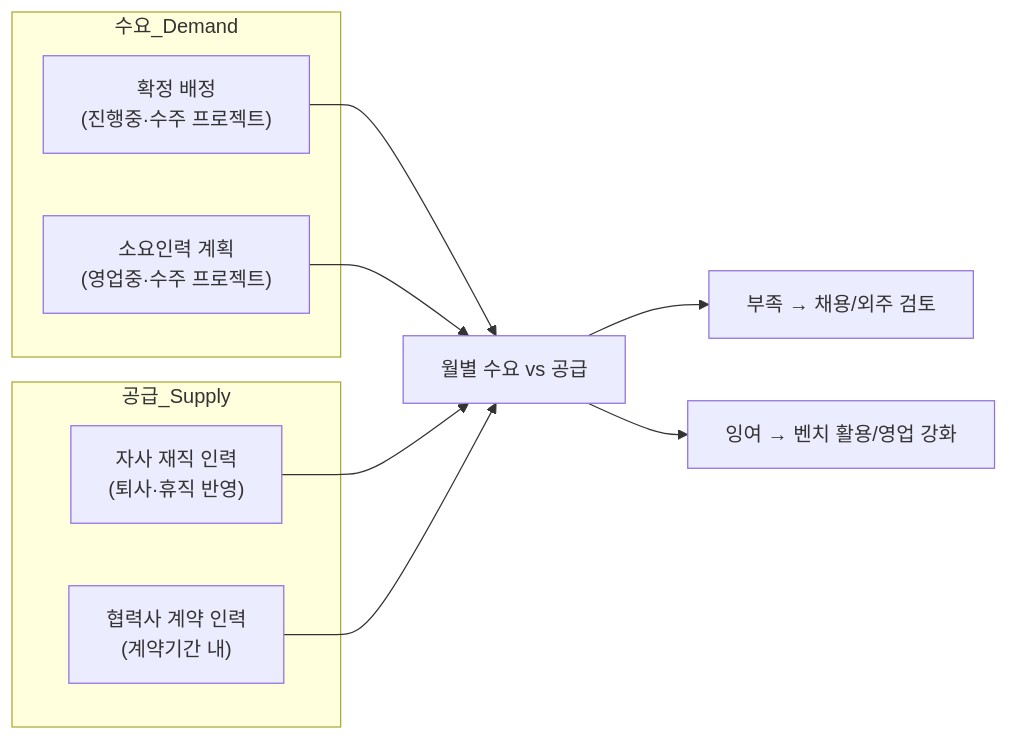
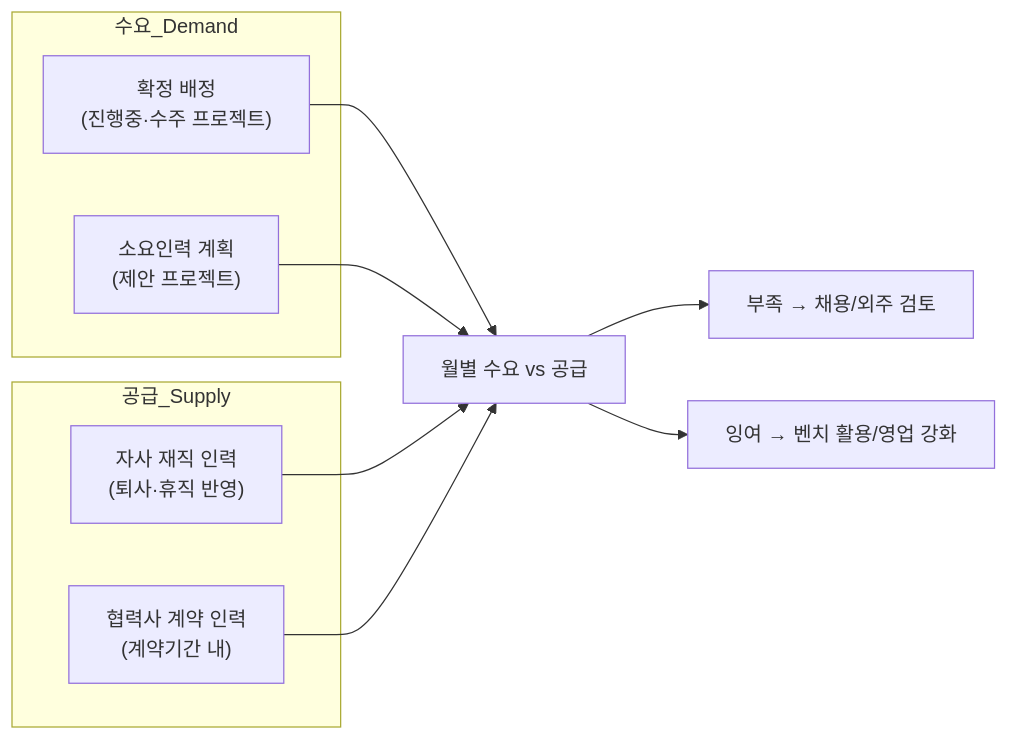
The ninth of 16 diagrams in SM_SI_인력관리시스템_명세서.md (toddkim-rgb/BT_HRM), drawn with Mermaid before and after one commit. The commit also changed other lines of this file and 22 other files, not shown here.

````diff
--- a/SM_SI_인력관리시스템_명세서.md
+++ b/SM_SI_인력관리시스템_명세서.md
@@ -389,17 +412,17 @@
 ```mermaid
 flowchart LR
   subgraph 수요_Demand
     D1["확정 배정<br/>(진행중·수주 프로젝트)"]
-    D2["소요인력 계획<br/>(영업중·수주 프로젝트)"]
+    D2["소요인력 계획<br/>(제안 프로젝트)"]
   end
   subgraph 공급_Supply
     S1["자사 재직 인력<br/>(퇴사·휴직 반영)"]
     S2["협력사 계약 인력<br/>(계약기간 내)"]
   end
   D1 --> G["월별 수요 vs 공급"]
   D2 --> G
   S1 --> G
   S2 --> G
   G --> O1["부족 → 채용/외주 검토"]
   G --> O2["잉여 → 벤치 활용/영업 강화"]
 ```
````
